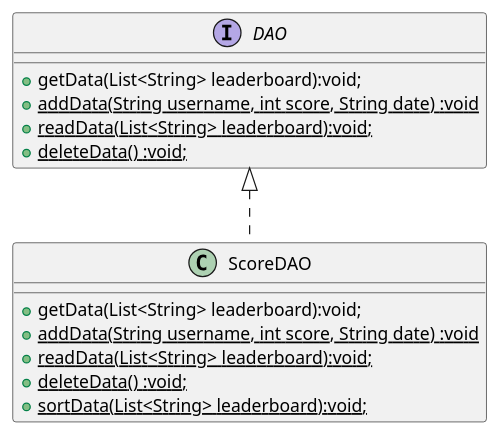
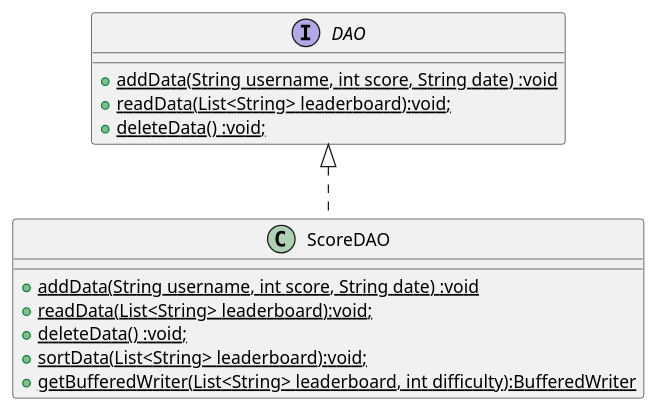
Before and after one commit to stnoer/plane-wars: the diagram in uml/file.puml, drawn with PlantUML. The commit also changed 27 other files, not shown here.

```diff
--- a/uml/file.puml
+++ b/uml/file.puml
@@ -1,19 +1,18 @@
 @startuml
 'https://plantuml.com/sequence-diagram
 
 interface DAO {
-    + getData(List<String> leaderboard):void;
     + {static} addData(String username, int score, String date) :void
     + {static} readData(List<String> leaderboard):void;
     + {static} deleteData() :void;
 }
 
 class ScoreDAO {
-    + getData(List<String> leaderboard):void;
     + {static} addData(String username, int score, String date) :void
     + {static} readData(List<String> leaderboard):void;
     + {static} deleteData() :void;
     + {static} sortData(List<String> leaderboard):void;
+    + {static} getBufferedWriter(List<String> leaderboard, int difficulty):BufferedWriter
 }
 DAO <|.. ScoreDAO
 @enduml
```
